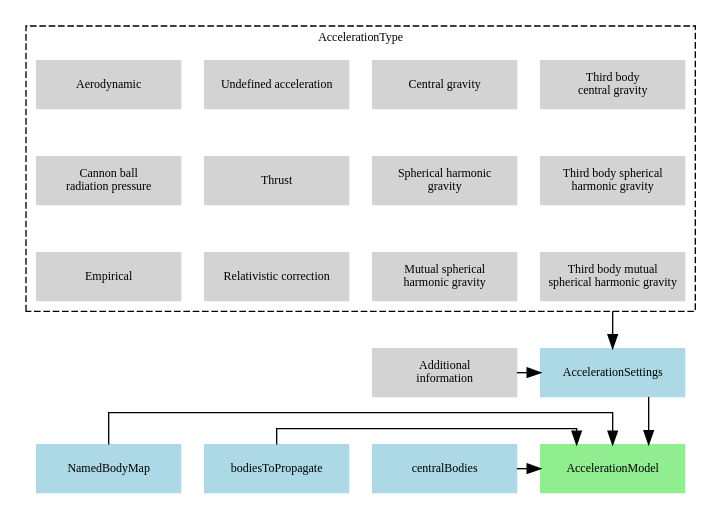
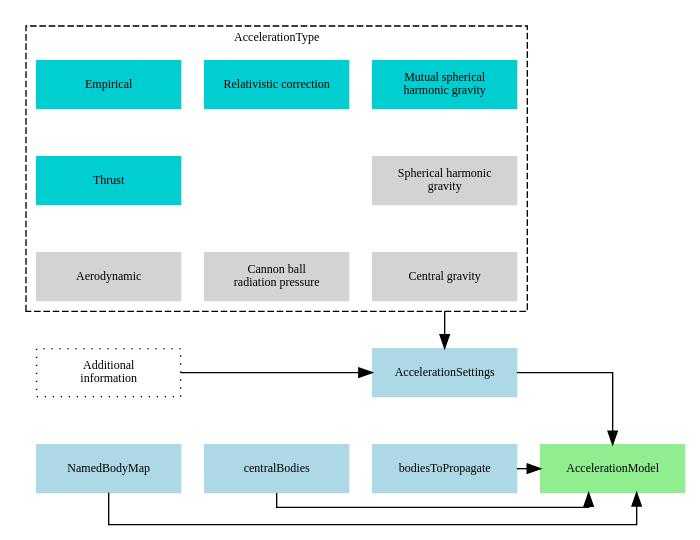
One commit to Tudat/tudat changed the first of 2 diagrams in tutorials/tudatFeatures/accelerationSetup/index.rst. Above: the diagram before and after it, drawn with Graphviz. The commit also changed other lines of this file and 3 other files, not shown here.

```diff
--- a/tutorials/tudatFeatures/accelerationSetup/index.rst
+++ b/tutorials/tudatFeatures/accelerationSetup/index.rst
@@ -8,69 +8,70 @@
 .. graphviz::
 
    digraph
    {
       # General diagram settings
       rankdir = "TB";
       splines = ortho;    
       compound = true;   
 
 
       # general node settings 
       node [shape = box, style = filled, width = 1.5, fixedsize = true, color = lightgrey, fontname = FontAwesome, fontsize = 9];
 
 
       # specific node color settings
       NamedBodyMap, bodiesToPropagate, centralBodies, AccelerationSettings [color = lightblue];
       AccelerationModel [color= lightgreen];
-
+      Empirical, "Relativistic correction", "Mutual spherical \nharmonic gravity", Thrust [color =  darkturquoise]; 
+      "Additional \ninformation" [style = dotted, fillcolor = lightgrey, color = black];
 
       subgraph clusterAccelerationType
       {
          label = AccelerationType;
          fontsize = 9;
          style = dashed;
       
-         {rank = same; "Undefined acceleration", "Central gravity", Aerodynamic, "Third body \ncentral gravity"};
-         {rank = same; "Third body spherical \nharmonic gravity", "Thrust", "Cannon ball \nradiation pressure", "Spherical harmonic \ngravity" };
-         {rank = same; "Third body mutual \nspherical harmonic gravity", "Mutual spherical \nharmonic gravity", "Relativistic correction", Empirical};
+         {rank = same; "Cannon ball \nradiation pressure", "Central gravity", Aerodynamic};
+         {rank = same; "Thrust","Spherical harmonic \ngravity" };
+         {rank = same; "Mutual spherical \nharmonic gravity", "Relativistic correction", Empirical};
          
-         "Third body \ncentral gravity" -> "Third body spherical \nharmonic gravity" [style = invis];
-         "Third body spherical \nharmonic gravity" -> "Third body mutual \nspherical harmonic gravity" [style = invis];
-         "Central gravity" -> "Third body \ncentral gravity" [style = invis];
-         "Spherical harmonic \ngravity" -> "Third body spherical \nharmonic gravity" [style = invis];
-         "Undefined acceleration" -> "Central gravity" [style = invis];
-         "Thrust" -> "Spherical harmonic \ngravity" [style = invis];
+         "Mutual spherical \nharmonic gravity" -> "Spherical harmonic \ngravity" -> "Central gravity" [style = invis];
+         Empirical -> Thrust -> Aerodynamic [style = invis];
+         "Cannon ball \nradiation pressure" -> "Central gravity" [style = invis];
+
       }
-          
+      
+      Aerodynamic -> "Additional \ninformation"-> NamedBodyMap [style = invis];
+      "Mutual spherical \nharmonic gravity" -> bodiesToPropagate [style = invis];
+      AccelerationSettings -> bodiesToPropagate [style = invis];
 
       # AccelerationSettings input
       "Additional \ninformation" -> AccelerationSettings;
-      "Third body mutual \nspherical harmonic gravity" -> AccelerationSettings [ltail = clusterAccelerationType];    
+      "Central gravity" -> AccelerationSettings [ltail = clusterAccelerationType];    
 
       
       # AccelerationModel input
       AccelerationSettings -> AccelerationModel;
       bodiesToPropagate -> AccelerationModel;
       centralBodies -> AccelerationModel;
       NamedBodyMap -> AccelerationModel;
      
 
       # Structure the layout
       {rank = same; NamedBodyMap, AccelerationModel, centralBodies, bodiesToPropagate};
       {rank = same; AccelerationSettings, "Additional \ninformation"};
 
       # Hyperlinks (Sphinx auto referencing not working here, need to link to exact web adres)
       "AccelerationSettings" [href = "http://tudat.tudelft.nl/tutorials/tudatFeatures/accelerationSetup/frameworkAcceleration.html#AccelerationSettings", target = "_top"];
       "Central gravity" [href = "http://tudat.tudelft.nl/tutorials/tudatFeatures/accelerationSetup/frameworkAcceleration.html#AccelerationSettings", target = "_top"];
       "AccelerationModel" [href = "http://tudat.tudelft.nl/tutorials/tudatFeatures/accelerationSetup/frameworkAcceleration.html##SelectedAccelerationMap", target = "_top"];
       NamedBodyMap [href = "http://tudat.tudelft.nl/tutorials/tudatFeatures/environmentSetup/index.html#NamedBodyMap", target = "_top"];
-      "Undefined acceleration" [href = "http://tudat.tudelft.nl/tutorials/tudatFeatures/accelerationSetup/frameworkAcceleration.html#AccelerationSettings", target = "_top"];
       "Spherical harmonic \ngravity" [href = "http://tudat.tudelft.nl/tutorials/tudatFeatures/accelerationSetup/frameworkAcceleration.html#SphericalHarmonicAccelerationSettings", target = "_top"];
       "Mutual spherical \nharmonic gravity" [href = "http://tudat.tudelft.nl/tutorials/tudatFeatures/accelerationSetup/frameworkAcceleration.html#MutualSphericalHarmonicAccelerationSettings", target = "_top"];
       "Aerodynamic" [href = "http://tudat.tudelft.nl/tutorials/tudatFeatures/accelerationSetup/frameworkAcceleration.html#MutualSphericalHarmonicAccelerationSettings", target = "_top"];
       "Cannon ball \nradiation pressure" [href = "http://tudat.tudelft.nl/tutorials/tudatFeatures/accelerationSetup/frameworkAcceleration.html#MutualSphericalHarmonicAccelerationSettings", target = "_top"];
       "Thrust" [href = "http://tudat.tudelft.nl/tutorials/tudatFeatures/accelerationSetup/frameworkAcceleration.html#ThrustAccelerationSettings", target = "_top"];
       "Relativistic correction" [href = "http://tudat.tudelft.nl/tutorials/tudatFeatures/accelerationSetup/frameworkAcceleration.html#RelativisticAccelerationCorrectionSettings", target = "_top"];
       "Empirical" [href = "http://tudat.tudelft.nl/tutorials/tudatFeatures/accelerationSetup/frameworkAcceleration.html#EmpiricalAccelerationSettings", target = "_top"];
 
    }
```
